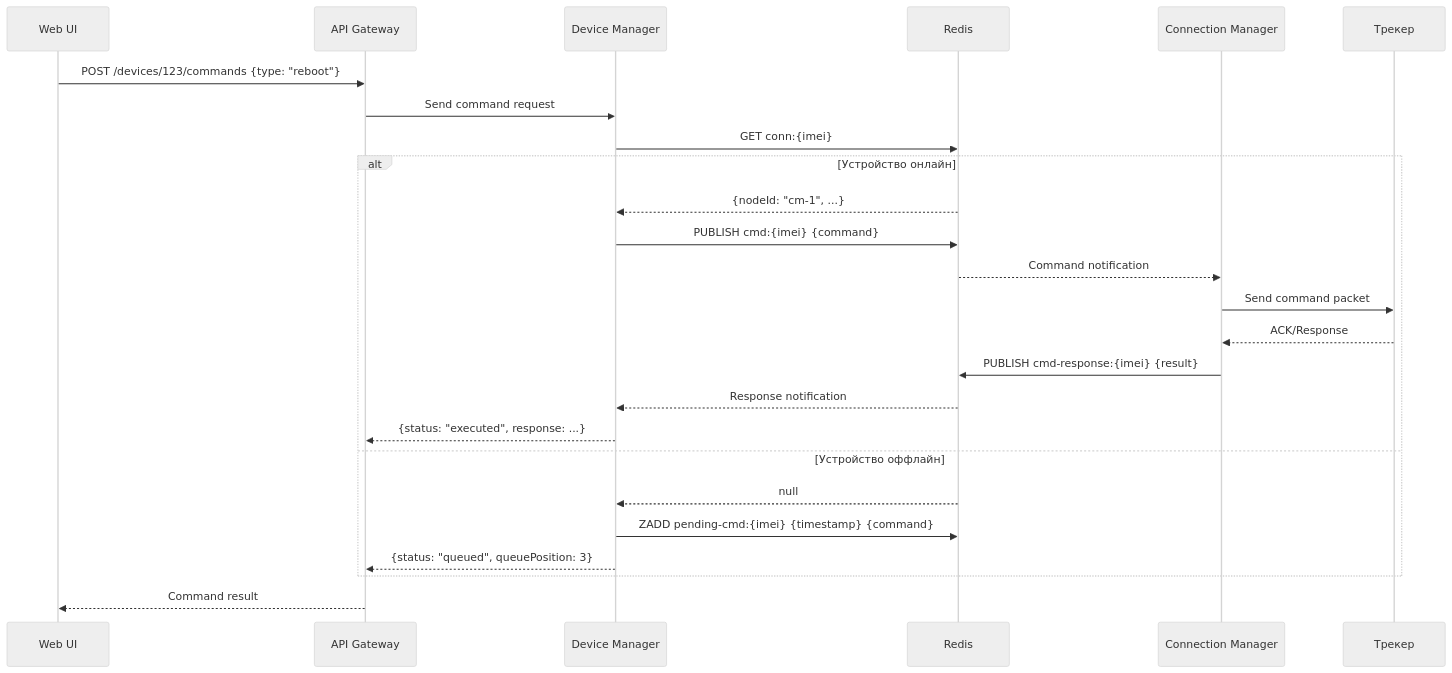
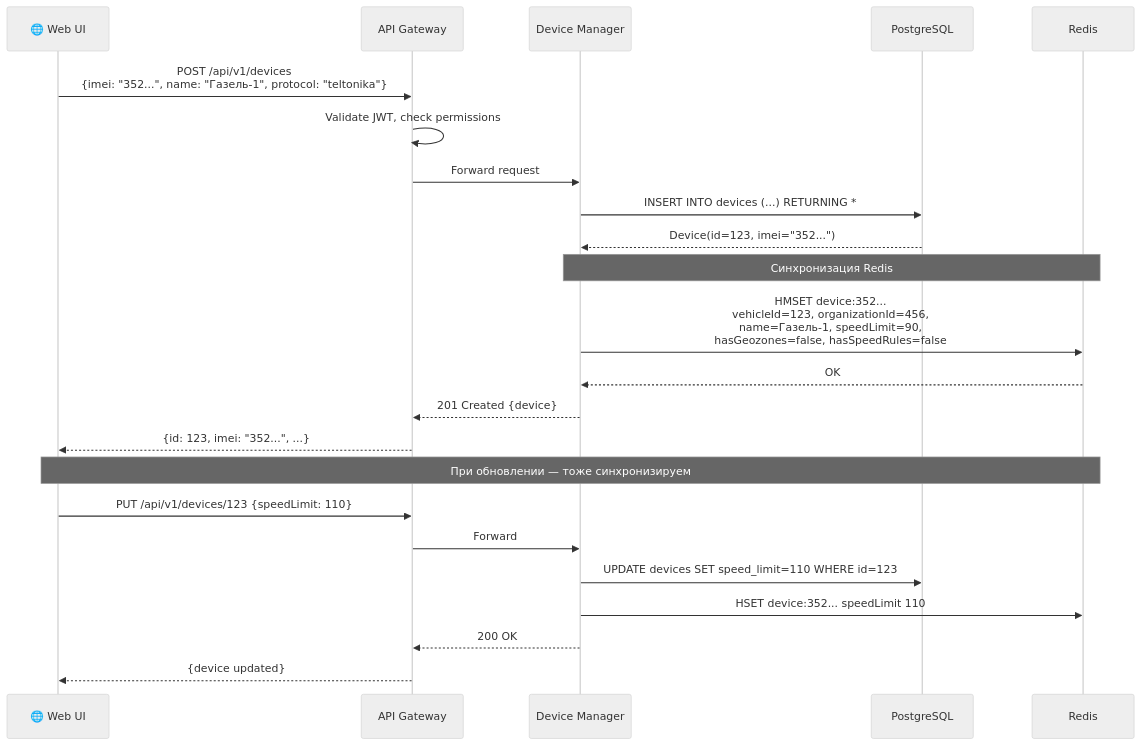
Before and after one commit to revarewerd/wayrecall-tracker-system: diagram 15 of 19 in docs/blocks/ARCHITECTURE_BLOCK1.md, drawn with Mermaid (neutral theme). The commit also changed other lines of this file and 544 other files, not shown here.

````diff
--- a/docs/blocks/ARCHITECTURE_BLOCK1.md
+++ b/docs/blocks/ARCHITECTURE_BLOCK1.md
@@ -516,30 +925,31 @@
 ```mermaid
 sequenceDiagram
-    participant UI as Web UI
-    participant API as API Gateway
+    participant UI as 🌐 Web UI
+    participant GW as API Gateway
     participant DM as Device Manager
+    participant PG as PostgreSQL
     participant R as Redis
-    participant CM as Connection Manager
-    participant T as Трекер
 
-    UI->>API: POST /devices/123/commands {type: "reboot"}
-    API->>DM: Send command request
-    DM->>R: GET conn:{imei}
-    
-    alt Устройство онлайн
-        R-->>DM: {nodeId: "cm-1", ...}
-        DM->>R: PUBLISH cmd:{imei} {command}
-        R-->>CM: Command notification
-        CM->>T: Send command packet
-        T-->>CM: ACK/Response
-        CM->>R: PUBLISH cmd-response:{imei} {result}
-        R-->>DM: Response notification
-        DM-->>API: {status: "executed", response: ...}
-    else Устройство оффлайн
-        R-->>DM: null
-        DM->>R: ZADD pending-cmd:{imei} {timestamp} {command}
-        DM-->>API: {status: "queued", queuePosition: 3}
-    end
+    UI->>GW: POST /api/v1/devices<br/>{imei: "352...", name: "Газель-1", protocol: "teltonika"}
+    GW->>GW: Validate JWT, check permissions
+    GW->>DM: Forward request
 
-    API-->>UI: Command result
+    DM->>PG: INSERT INTO devices (...) RETURNING *
+    PG-->>DM: Device(id=123, imei="352...")
+
+    Note over DM,R: Синхронизация Redis
+    DM->>R: HMSET device:352...<br/>vehicleId=123, organizationId=456,<br/>name=Газель-1, speedLimit=90,<br/>hasGeozones=false, hasSpeedRules=false
+    R-->>DM: OK
+
+    DM-->>GW: 201 Created {device}
+    GW-->>UI: {id: 123, imei: "352...", ...}
+
+    Note over UI,R: При обновлении — тоже синхронизируем
+
+    UI->>GW: PUT /api/v1/devices/123 {speedLimit: 110}
+    GW->>DM: Forward
+    DM->>PG: UPDATE devices SET speed_limit=110 WHERE id=123
+    DM->>R: HSET device:352... speedLimit 110
+    DM-->>GW: 200 OK
+    GW-->>UI: {device updated}
 ```
````
